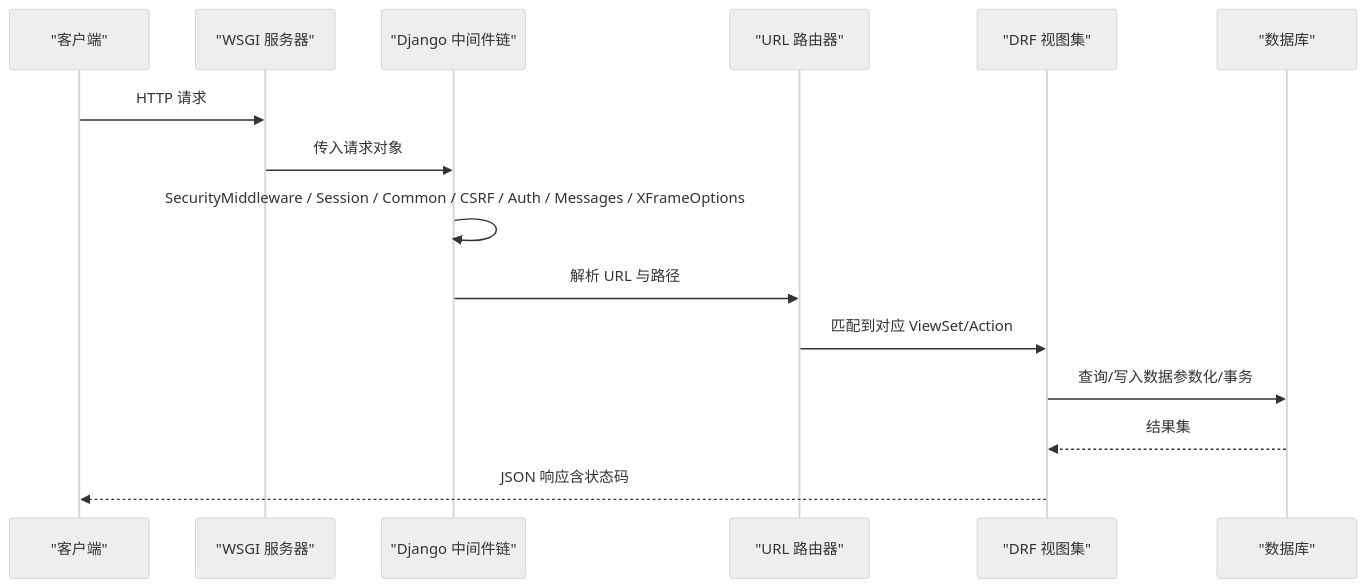
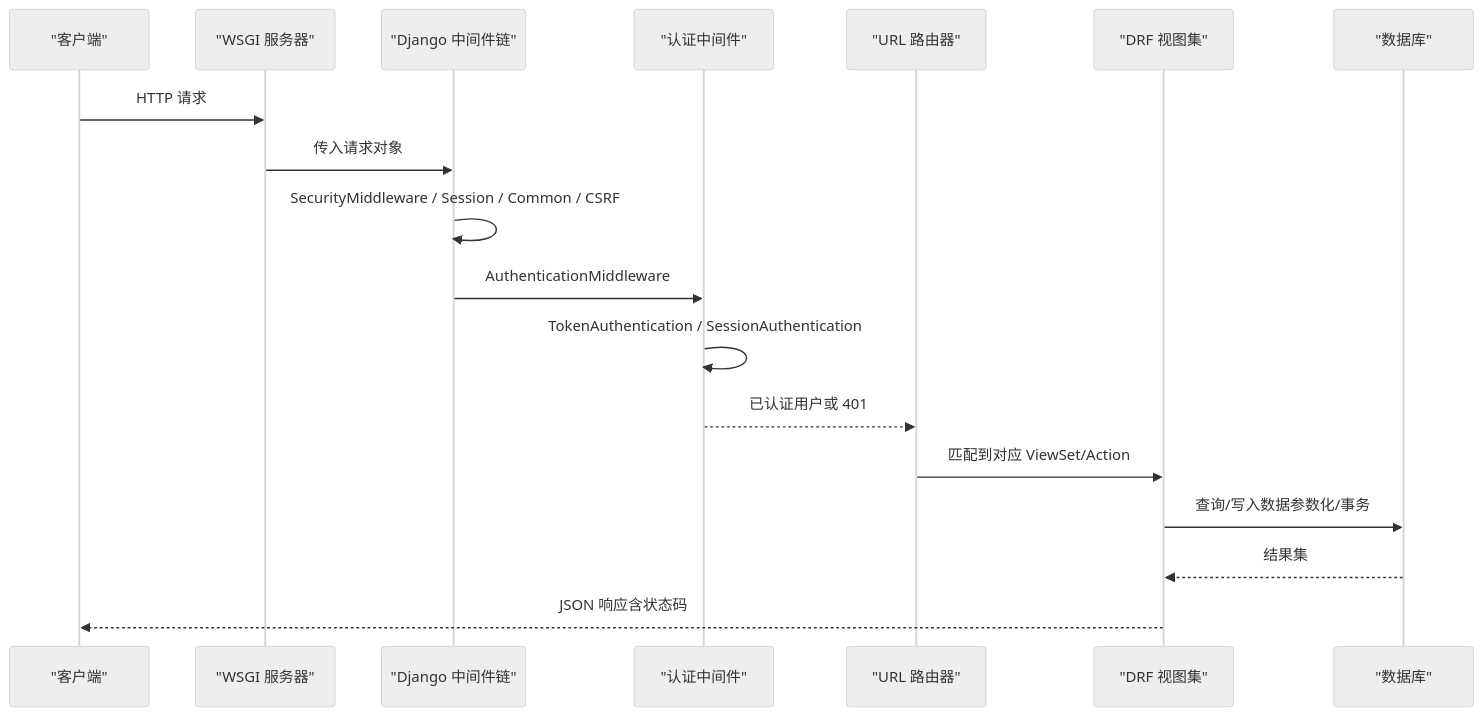
One commit to zyp-coder/Metadata changed the second of 7 diagrams in .qoder/repowiki/zh/content/架构设计/后端架构/中间件与安全.md. Above: the diagram before and after it, drawn with Mermaid (neutral theme). The commit also changed other lines of this file and 54 other files, not shown here.

````diff
--- a/.qoder/repowiki/zh/content/架构设计/后端架构/中间件与安全.md
+++ b/.qoder/repowiki/zh/content/架构设计/后端架构/中间件与安全.md
@@ -70,17 +95,20 @@
 ```mermaid
 sequenceDiagram
 participant Client as "客户端"
 participant WSGI as "WSGI 服务器"
 participant MW as "Django 中间件链"
+participant Auth as "认证中间件"
 participant Router as "URL 路由器"
 participant View as "DRF 视图集"
 participant DB as "数据库"
 Client->>WSGI : HTTP 请求
 WSGI->>MW : 传入请求对象
-MW->>MW : SecurityMiddleware / Session / Common / CSRF / Auth / Messages / XFrameOptions
-MW->>Router : 解析 URL 与路径
+MW->>MW : SecurityMiddleware / Session / Common / CSRF
+MW->>Auth : AuthenticationMiddleware
+Auth->>Auth : TokenAuthentication / SessionAuthentication
+Auth-->>Router : 已认证用户或 401
 Router->>View : 匹配到对应 ViewSet/Action
 View->>DB : 查询/写入数据参数化/事务
 DB-->>View : 结果集
 View-->>Client : JSON 响应含状态码
 ```
````
